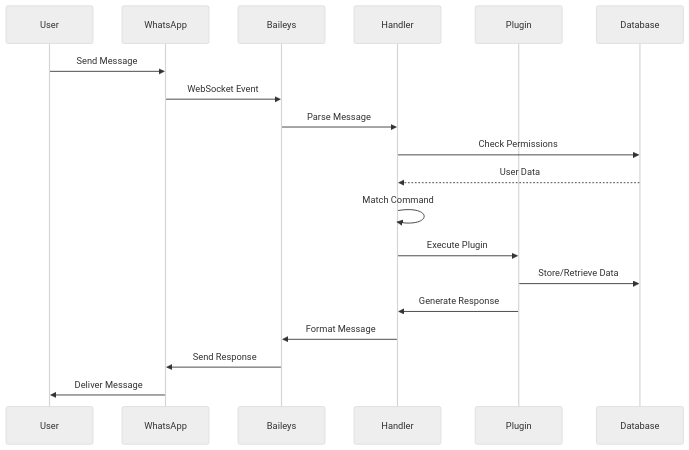
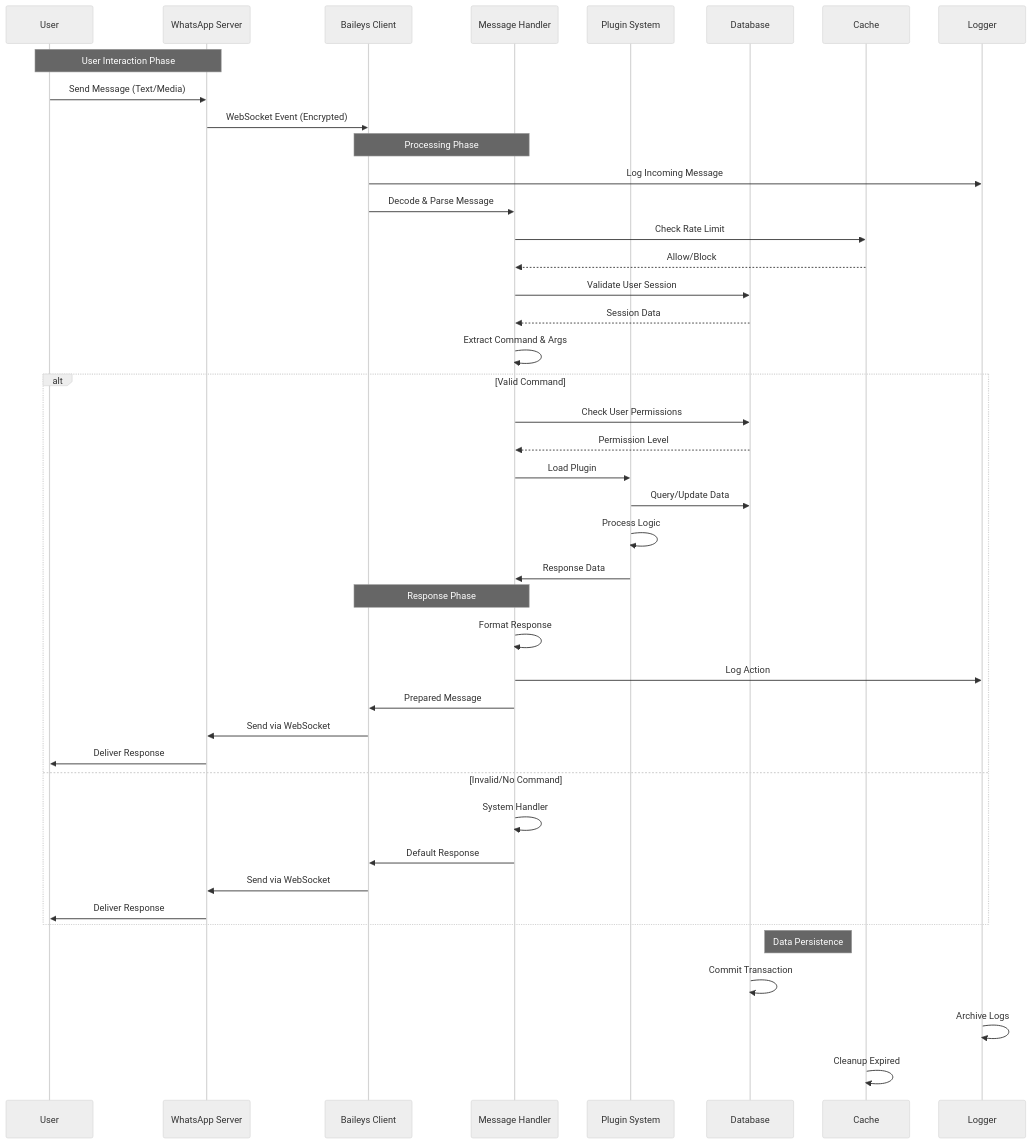
One commit to naruyaizumi/liora changed the second of 2 diagrams in README.md. Above: the diagram before and after it, drawn with Mermaid (neutral theme). The commit also changed other lines of this file and 3 other files, not shown here.

````diff
--- a/README.md
+++ b/README.md
@@ -140,22 +158,51 @@
 ```mermaid
 sequenceDiagram
     participant U as User
-    participant WA as WhatsApp
-    participant B as Baileys
-    participant H as Handler
-    participant P as Plugin
+    participant WA as WhatsApp Server
+    participant B as Baileys Client
+    participant H as Message Handler
+    participant P as Plugin System
     participant DB as Database
+    participant C as Cache
+    participant L as Logger
 
-    U->>WA: Send Message
-    WA->>B: WebSocket Event
-    B->>H: Parse Message
-    H->>DB: Check Permissions
-    DB-->>H: User Data
-    H->>H: Match Command
-    H->>P: Execute Plugin
-    P->>DB: Store/Retrieve Data
-    P->>H: Generate Response
-    H->>B: Format Message
-    B->>WA: Send Response
-    WA->>U: Deliver Message
+    Note over U,WA: User Interaction Phase
+    U->>WA: Send Message (Text/Media)
+    WA->>B: WebSocket Event (Encrypted)
+    
+    Note over B,H: Processing Phase
+    B->>L: Log Incoming Message
+    B->>H: Decode & Parse Message
+    H->>C: Check Rate Limit
+    C-->>H: Allow/Block
+    H->>DB: Validate User Session
+    DB-->>H: Session Data
+    H->>H: Extract Command & Args
+    
+    alt Valid Command
+        H->>DB: Check User Permissions
+        DB-->>H: Permission Level
+        H->>P: Load Plugin
+        P->>DB: Query/Update Data
+        P->>P: Process Logic
+        P->>H: Response Data
+        
+        Note over H,B: Response Phase
+        H->>H: Format Response
+        H->>L: Log Action
+        H->>B: Prepared Message
+        B->>WA: Send via WebSocket
+        WA->>U: Deliver Response
+        
+    else Invalid/No Command
+        H->>H: System Handler
+        H->>B: Default Response
+        B->>WA: Send via WebSocket
+        WA->>U: Deliver Response
+    end
+    
+    Note right of DB: Data Persistence
+    DB->>DB: Commit Transaction
+    L->>L: Archive Logs
+    C->>C: Cleanup Expired
 ```
````
